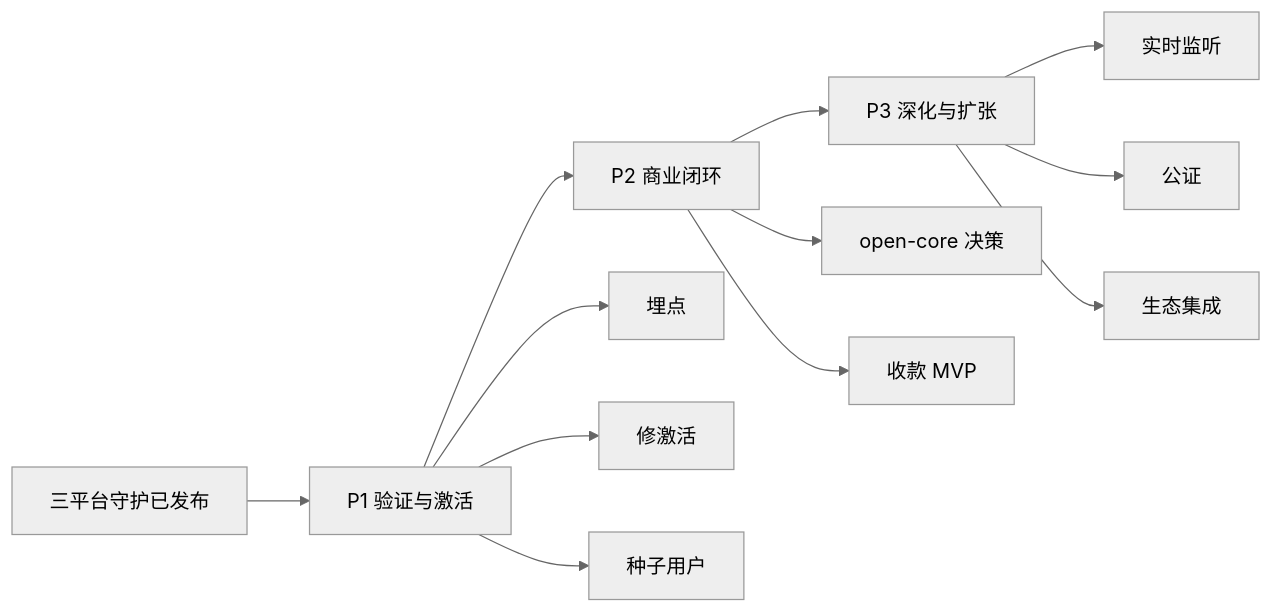
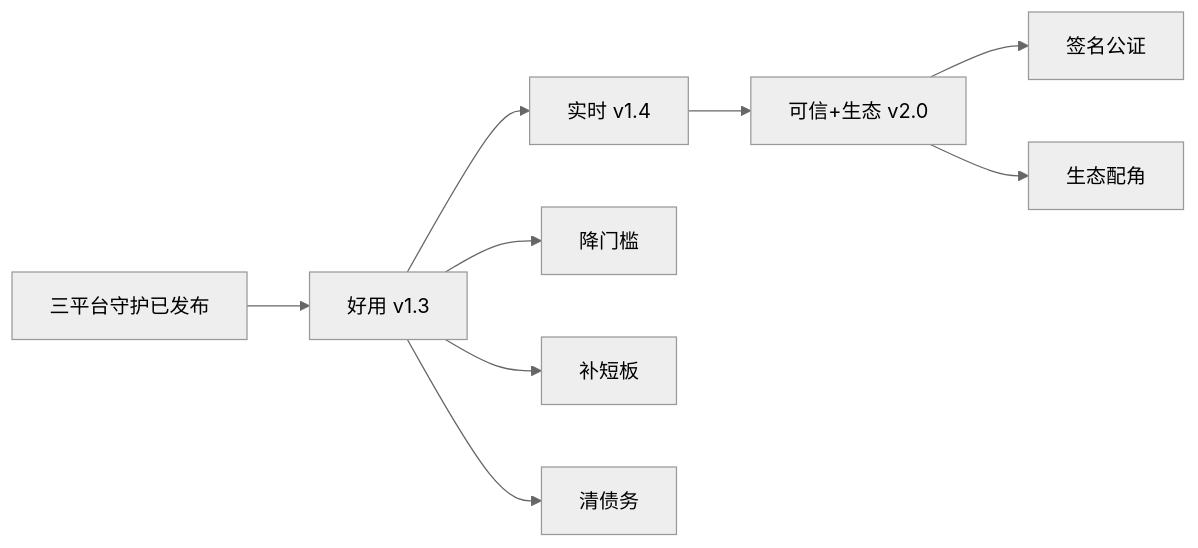
One commit to int2t05/AutoSync changed the fourth of 4 diagrams in docs/roadmap.md. Above: the diagram before and after it, drawn with Mermaid (neutral theme). The commit also changed other lines of this file and 1 other file, not shown here.

First line of the commit message:
docs(roadmap): 增版本规划 v1.2→v2.0，清 P1/P2 残留对齐全程开源决策

````diff
--- a/docs/roadmap.md
+++ b/docs/roadmap.md
@@ -77,9 +136,8 @@
 ```mermaid
 flowchart LR
-  NOW[三平台守护已发布] --> P1[P1 验证与激活]
-  P1 --> P2[P2 商业闭环]
-  P2 --> P3[P3 深化与扩张]
-  P1 --> P1a[埋点] & P1b[修激活] & P1c[种子用户]
-  P2 --> P2a[open-core 决策] & P2b[收款 MVP]
-  P3 --> P3a[实时监听] & P3b[公证] & P3c[生态集成]
+  NOW[三平台守护已发布] --> S1[好用 v1.3]
+  S1 --> S2[实时 v1.4]
+  S2 --> S3[可信+生态 v2.0]
+  S1 --> S1a[降门槛] & S1b[补短板] & S1c[清债务]
+  S3 --> S3a[签名公证] & S3b[生态配角]
 ```
````
